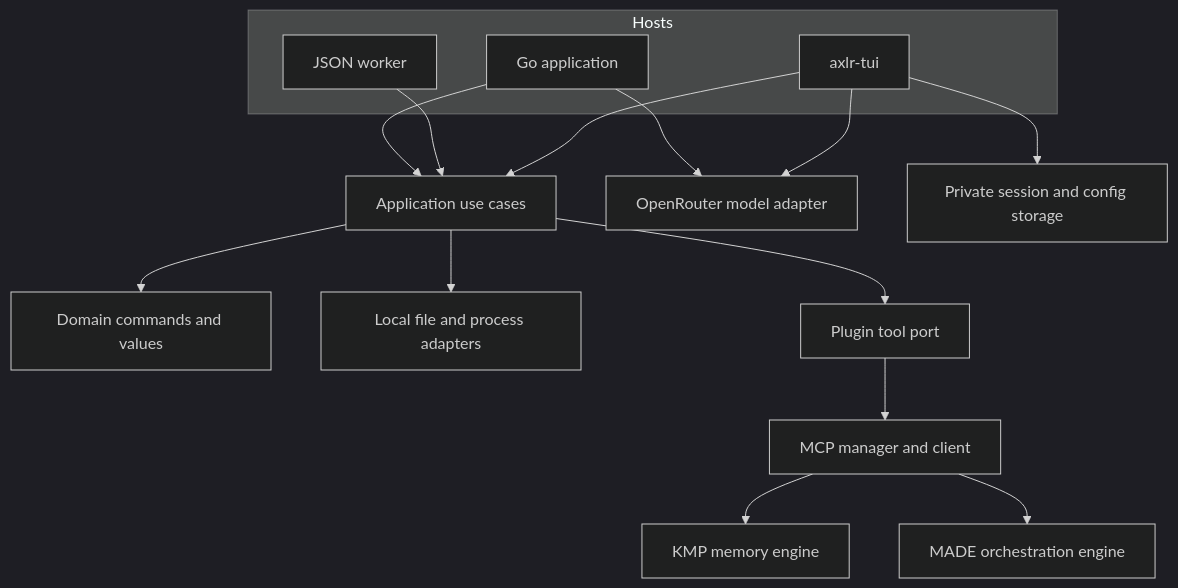
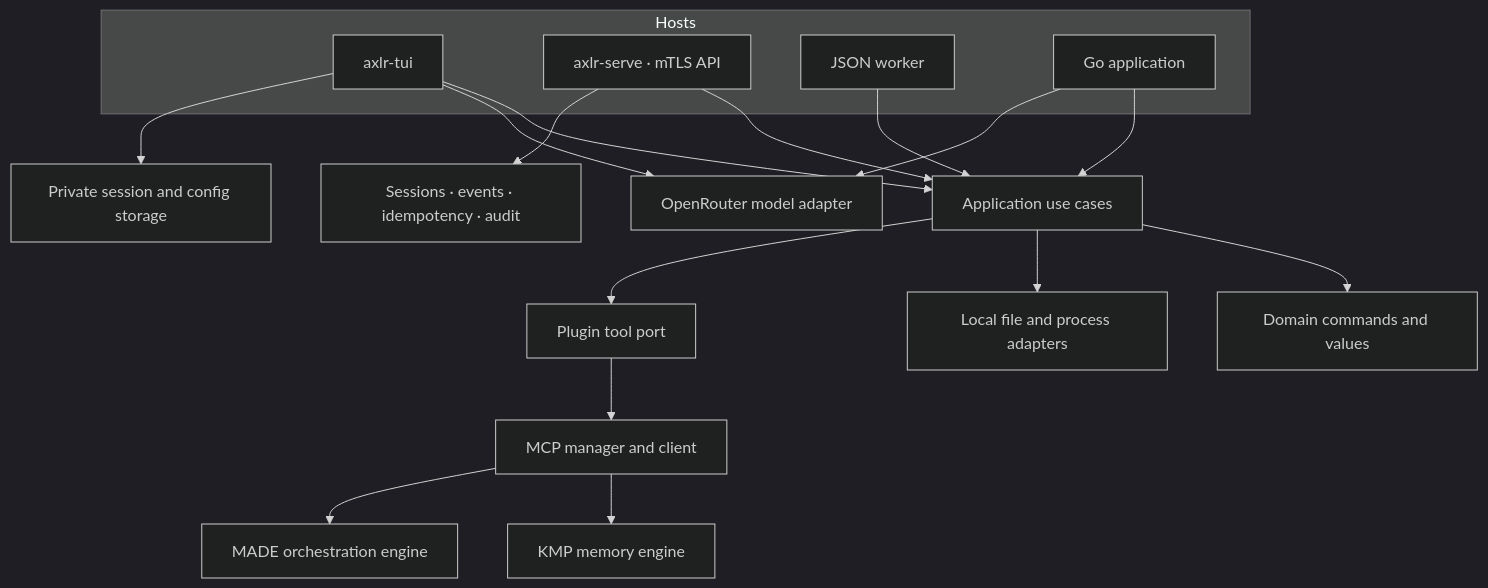
The diagram in docs/architecture.md (underpass-ai/AXLR), drawn with Mermaid (dark theme) before and after one commit. The commit also changed other lines of this file and 43 other files, not shown here.

````diff
--- a/docs/architecture.md
+++ b/docs/architecture.md
@@ -5,20 +5,23 @@
 ```mermaid
 flowchart TB
     subgraph Hosts
       T[axlr-tui]
+      H[axlr-serve · mTLS API]
       W[JSON worker]
       G[Go application]
     end
     T --> A[Application use cases]
+    H --> A
     W --> A
     G --> A
     A --> D[Domain commands and values]
     A --> L[Local file and process adapters]
     A --> P[Plugin tool port]
     P --> M[MCP manager and client]
     T --> O[OpenRouter model adapter]
     G --> O
     T --> S[Private session and config storage]
+    H --> J[Sessions · events · idempotency · audit]
     M --> K[KMP memory engine]
     M --> C[MADE orchestration engine]
 ```
````
